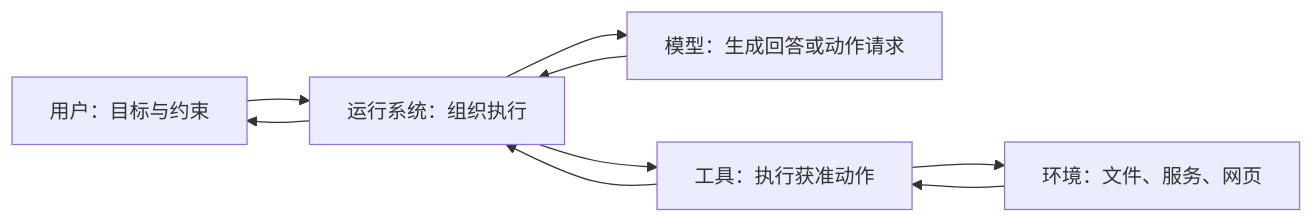
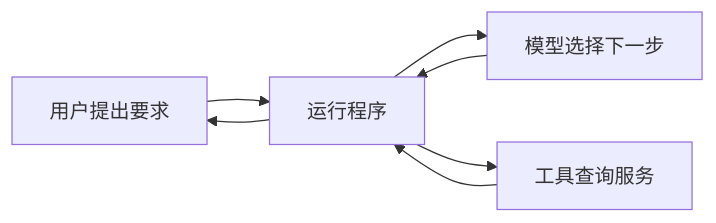
Before and after one commit to Mar-garet/agent-book: the diagram in book/01-model-agent-and-harness.md, drawn with Mermaid. The commit also changed other lines of this file and 27 other files, not shown here.

````diff
--- a/book/01-model-agent-and-harness.md
+++ b/book/01-model-agent-and-harness.md
@@ -17,11 +19,9 @@
 ```mermaid
 flowchart LR
-    U[用户：目标与约束] --> H[运行系统：组织执行]
-    H --> M[模型：生成回答或动作请求]
-    M --> H
-    H --> T[工具：执行获准动作]
-    T --> E[环境：文件、服务、网页]
-    E --> T
-    T --> H
-    H --> U
+    U[用户提出要求] --> P[运行程序]
+    P --> M[模型选择下一步]
+    M --> P
+    P --> T[工具查询服务]
+    T --> P
+    P --> U
 ```
````
